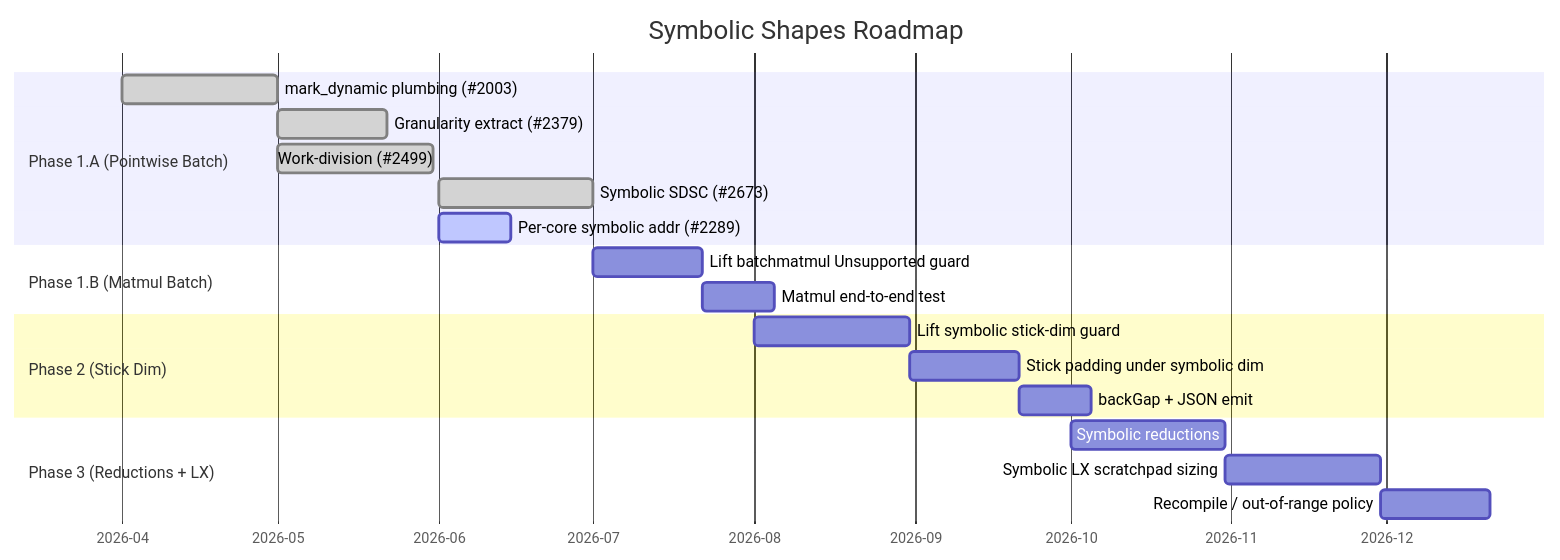
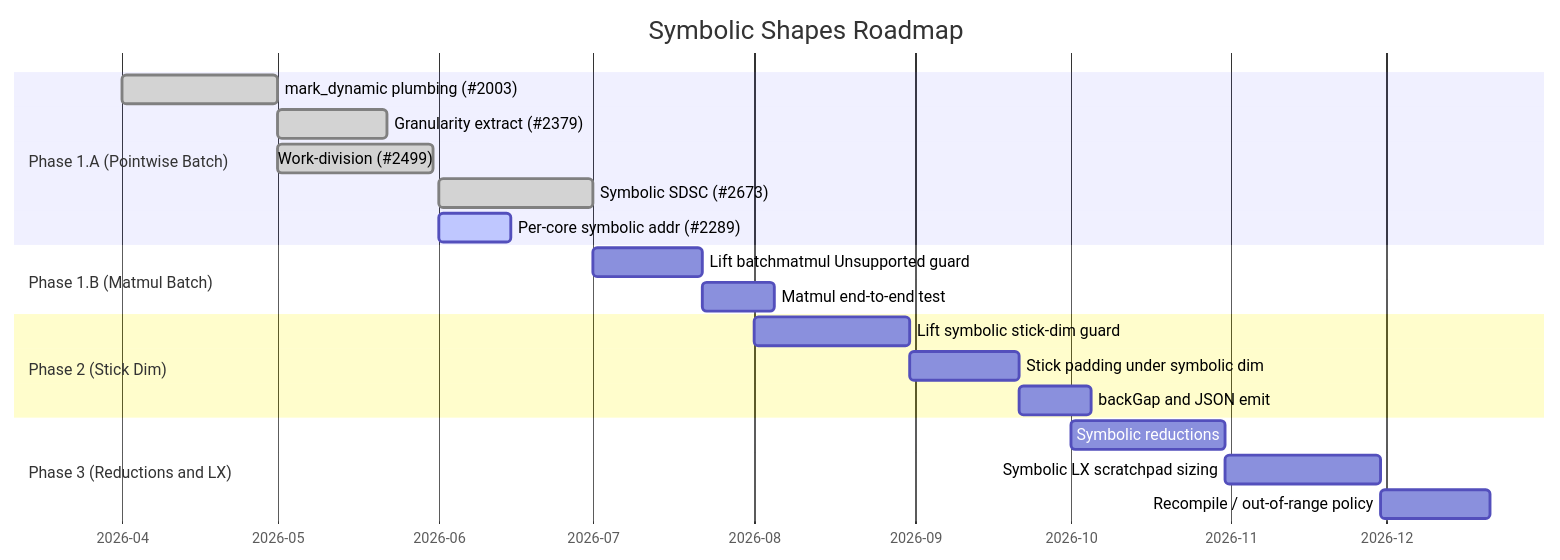
Before and after one commit to Vivek1258/torch-spyre: the second of 5 diagrams in docs/source/compiler/Torch_Spyre_Dynamic_Shapes_Design.md, drawn with Mermaid. The commit also changed other lines of this file, not shown here.

````diff
--- a/docs/source/compiler/Torch_Spyre_Dynamic_Shapes_Design.md
+++ b/docs/source/compiler/Torch_Spyre_Dynamic_Shapes_Design.md
@@ -143,27 +173,27 @@
 ```mermaid
 gantt
     title Symbolic Shapes Roadmap
     dateFormat YYYY-MM
     axisFormat %Y-%m
 
     section Phase 1.A (Pointwise Batch)
     mark_dynamic plumbing (#2003)        :done, p1a1, 2026-04, 30d
     Granularity extract (#2379)          :done, p1a2, 2026-05, 21d
     Work-division (#2499)                :done, p1a3, 2026-05, 30d
     Symbolic SDSC (#2673)                :done, p1a4, 2026-06, 30d
     Per-core symbolic addr (#2289)       :active, p1a5, 2026-06, 14d
 
     section Phase 1.B (Matmul Batch)
     Lift batchmatmul Unsupported guard   :p1b1, 2026-07, 21d
     Matmul end-to-end test               :p1b2, after p1b1, 14d
 
     section Phase 2 (Stick Dim)
     Lift symbolic stick-dim guard        :p21, 2026-08, 30d
     Stick padding under symbolic dim     :p22, after p21, 21d
-    backGap + JSON emit                  :p23, after p22, 14d
+    backGap and JSON emit                :p23, after p22, 14d
 
-    section Phase 3 (Reductions + LX)
+    section Phase 3 (Reductions and LX)
     Symbolic reductions                  :p31, 2026-10, 30d
     Symbolic LX scratchpad sizing        :p32, after p31, 30d
     Recompile / out-of-range policy      :p33, after p32, 21d
 ```
````
